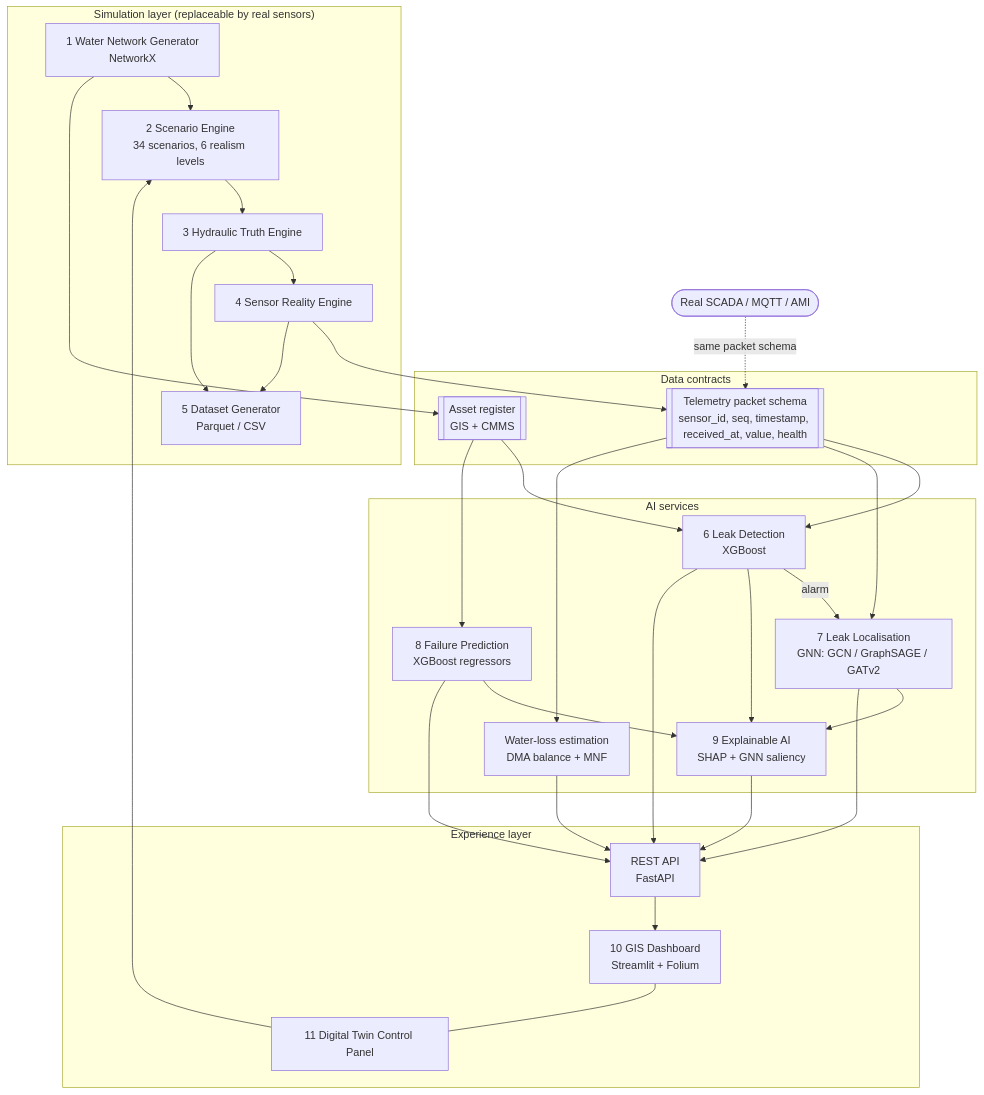
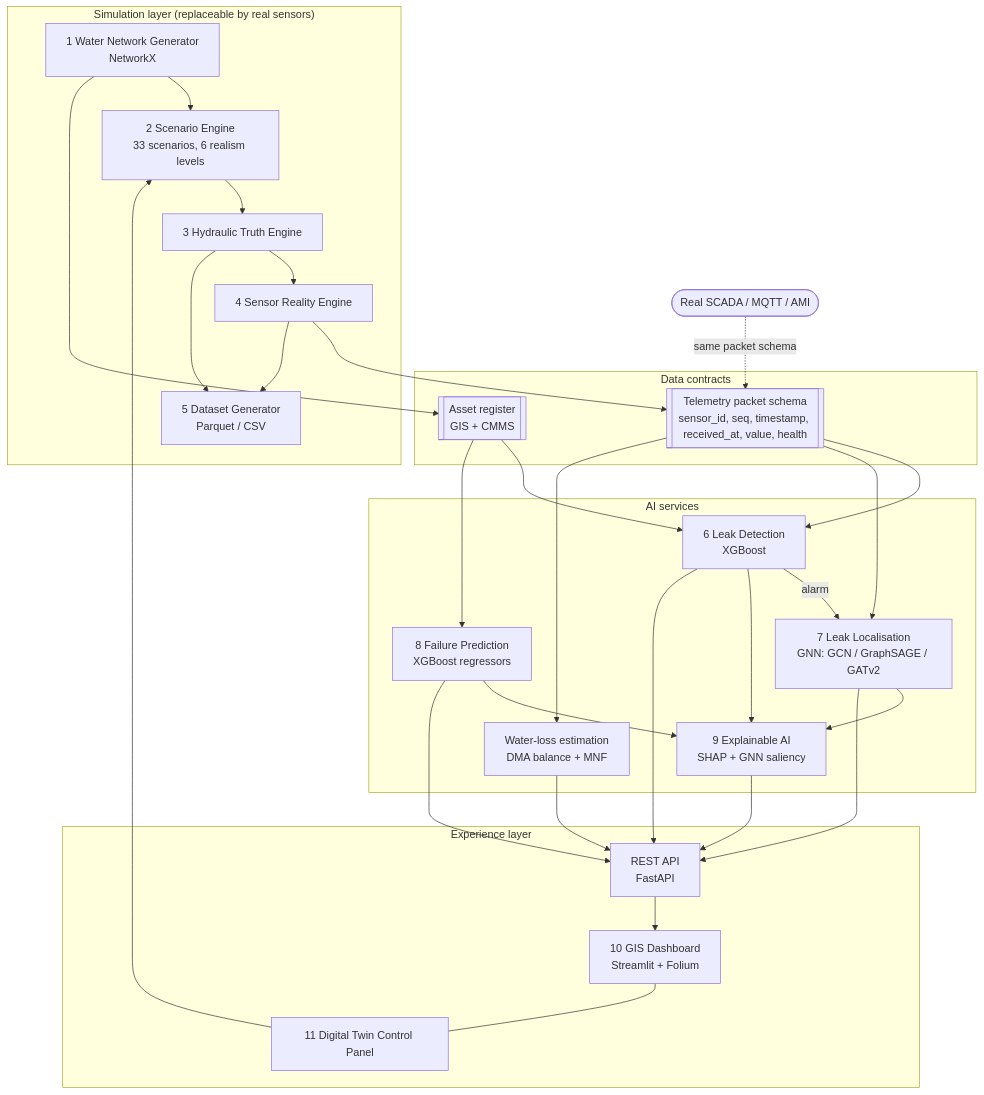
One commit to Mayur0174/AquaTwin changed the second of 3 diagrams in docs/ARCHITECTURE.md. Above: the diagram before and after it, drawn with Mermaid. The commit also changed other lines of this file and 7 other files, not shown here.

````diff
--- a/docs/ARCHITECTURE.md
+++ b/docs/ARCHITECTURE.md
@@ -43,40 +43,40 @@
 ```mermaid
 flowchart TB
     subgraph Sim["Simulation layer (replaceable by real sensors)"]
         NG[1 Water Network Generator<br/>NetworkX]
-        SE[2 Scenario Engine<br/>34 scenarios, 6 realism levels]
+        SE[2 Scenario Engine<br/>33 scenarios, 6 realism levels]
         TE[3 Hydraulic Truth Engine]
         RE[4 Sensor Reality Engine]
         DG[5 Dataset Generator<br/>Parquet / CSV]
     end
     subgraph Data["Data contracts"]
         TELE[[Telemetry packet schema<br/>sensor_id, seq, timestamp, received_at, value, health]]
         ASSET[[Asset register<br/>GIS + CMMS]]
     end
     subgraph AI["AI services"]
         LD[6 Leak Detection<br/>XGBoost]
         LL[7 Leak Localisation<br/>GNN: GCN / GraphSAGE / GATv2]
         FP[8 Failure Prediction<br/>XGBoost regressors]
         WL[Water-loss estimation<br/>DMA balance + MNF]
         XAI[9 Explainable AI<br/>SHAP + GNN saliency]
     end
     subgraph UX["Experience layer"]
         API[REST API<br/>FastAPI]
         GIS[10 GIS Dashboard<br/>Streamlit + Folium]
         CP[11 Digital Twin Control Panel]
     end
     NG --> SE --> TE --> RE --> TELE
     NG --> ASSET
     TE --> DG
     RE --> DG
     TELE --> LD & LL & WL
     ASSET --> LD & FP
     LD -->|alarm| LL
     LD & FP --> XAI
     LL --> XAI
     LD & LL & FP & WL & XAI --> API
     API --> GIS
     CP --> SE
     GIS --- CP
     REAL([Real SCADA / MQTT / AMI]) -. same packet schema .-> TELE
 ```
````
